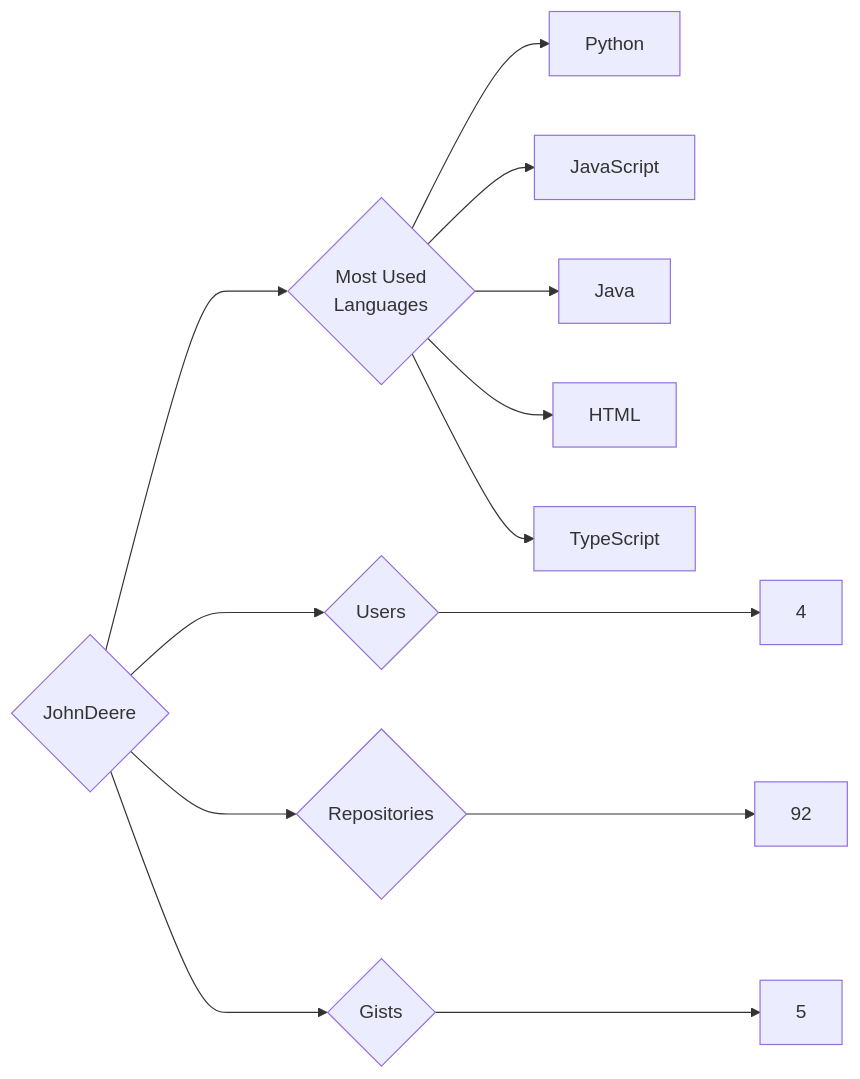
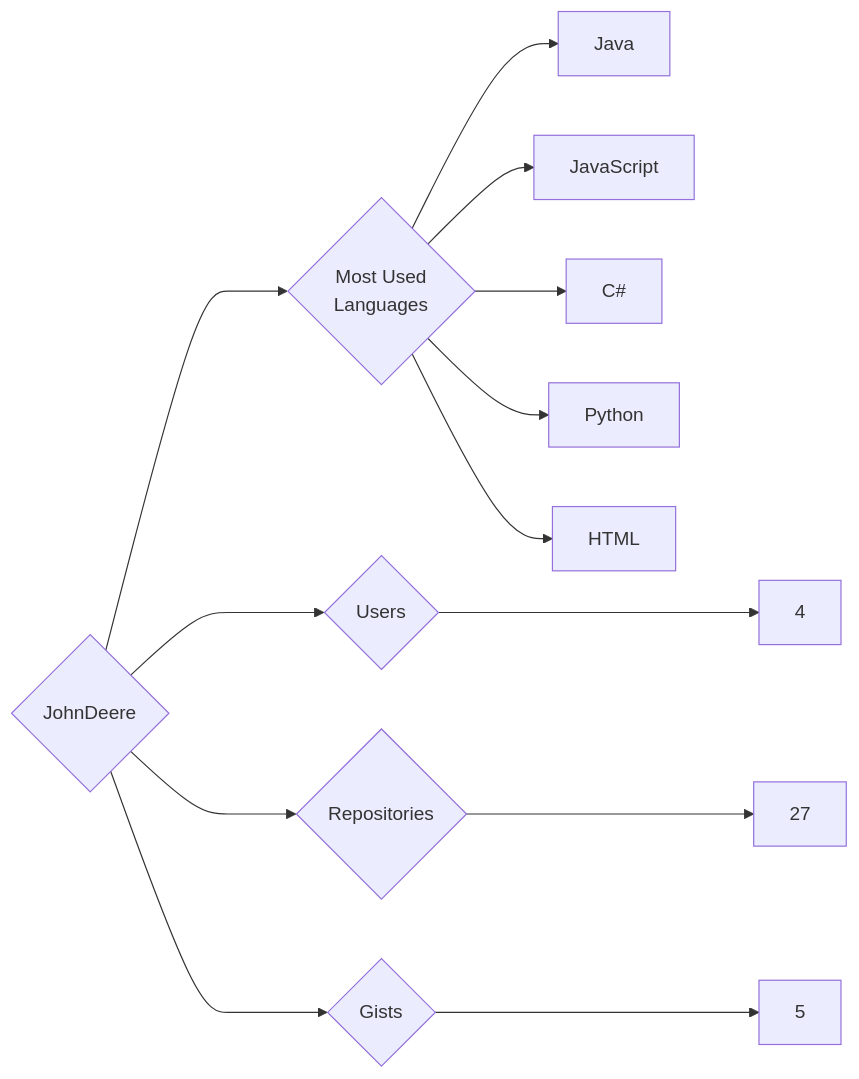
One commit to trickest/insiders changed the diagram in targets/JohnDeere/README.md. Above: the diagram before and after it, drawn with Mermaid. The commit also changed 924 other files, not shown here.

````diff
--- a/targets/JohnDeere/README.md
+++ b/targets/JohnDeere/README.md
@@ -3,13 +3,13 @@
 ```mermaid
 graph LR
 COMPANY_NAME{JohnDeere}
 COMPANY_NAME ---> U{Users} ---> UN[4]
-COMPANY_NAME ---> R{Repositories} ---> RN[92]
+COMPANY_NAME ---> R{Repositories} ---> RN[27]
 COMPANY_NAME ---> G{Gists} ---> GN[5]
 COMPANY_NAME ---> ML{Most Used<br>Languages}
+ML --> Java[Java]
+ML --> JavaScript[JavaScript]
+ML --> C#[C#]
 ML --> Python[Python]
-ML --> JavaScript[JavaScript]
-ML --> Java[Java]
 ML --> HTML[HTML]
-ML --> TypeScript[TypeScript]
 ```
````
